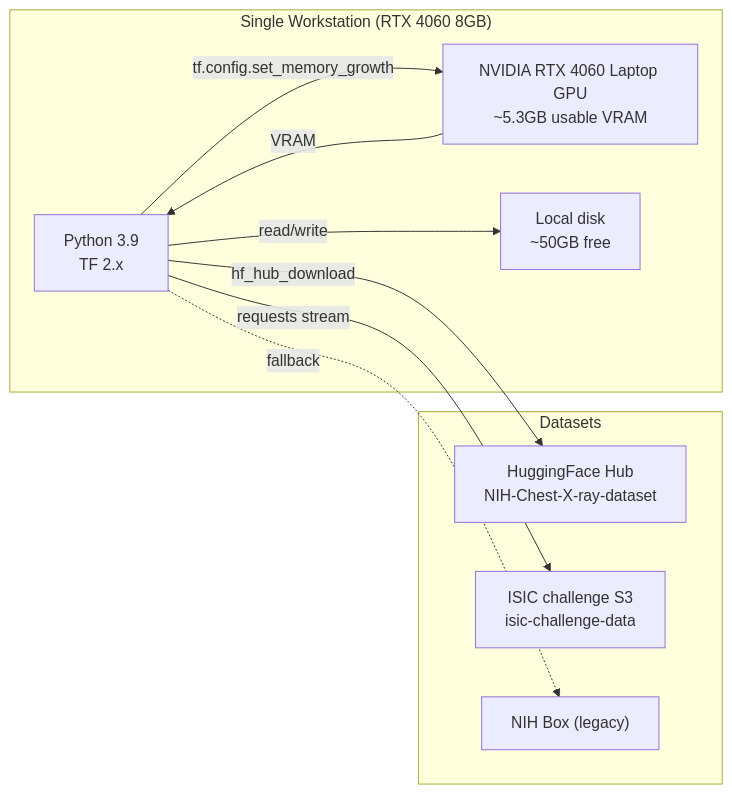
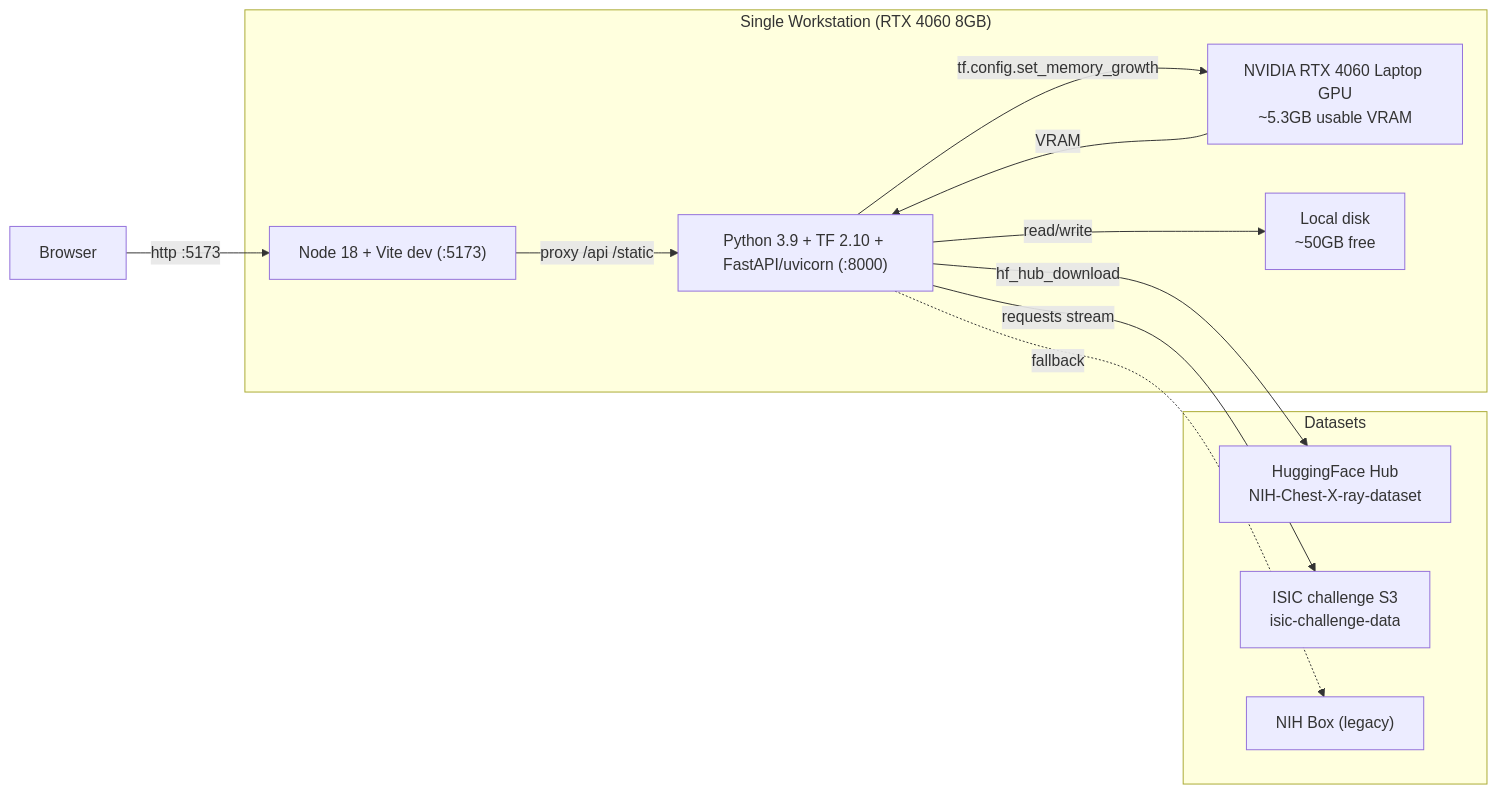
One commit to duck3244/medical_image_classification changed diagram 12 of 12 in docs/uml.md. Above: the diagram before and after it, drawn with Mermaid. The commit also changed other lines of this file and 62 other files, not shown here.

````diff
--- a/docs/uml.md
+++ b/docs/uml.md
@@ -348,21 +550,24 @@
 ```mermaid
 flowchart LR
     subgraph Workstation["Single Workstation (RTX 4060 8GB)"]
-        Code["Python 3.9<br/>TF 2.x"]
+        Node["Node 18 + Vite dev (:5173)"]
+        Py["Python 3.9 + TF 2.10 + FastAPI/uvicorn (:8000)"]
         GPU["NVIDIA RTX 4060 Laptop GPU<br/>~5.3GB usable VRAM"]
         Disk["Local disk<br/>~50GB free"]
     end
 
     subgraph Datasets
         HF["HuggingFace Hub<br/>NIH-Chest-X-ray-dataset"]
         S3["ISIC challenge S3<br/>isic-challenge-data"]
         Box["NIH Box (legacy)"]
     end
 
-    Code -->|tf.config.set_memory_growth| GPU
-    Code -->|hf_hub_download| HF
-    Code -->|requests stream| S3
-    Code -. fallback .-> Box
-    Code -->|read/write| Disk
-    GPU -->|VRAM| Code
+    Br["Browser"] -->|http :5173| Node
+    Node -->|proxy /api /static| Py
+    Py -->|tf.config.set_memory_growth| GPU
+    Py -->|hf_hub_download| HF
+    Py -->|requests stream| S3
+    Py -. fallback .-> Box
+    Py -->|read/write| Disk
+    GPU -->|VRAM| Py
 ```
````
